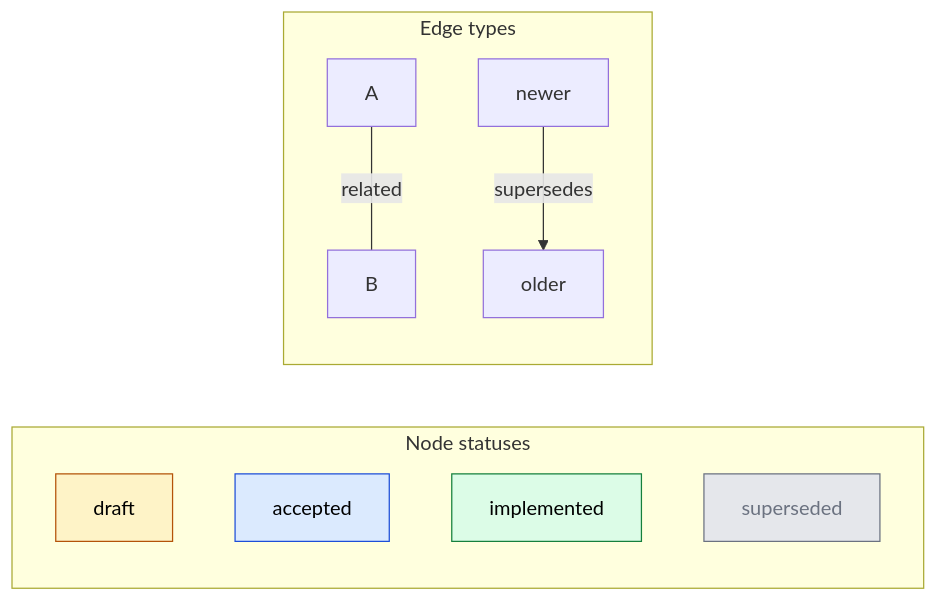
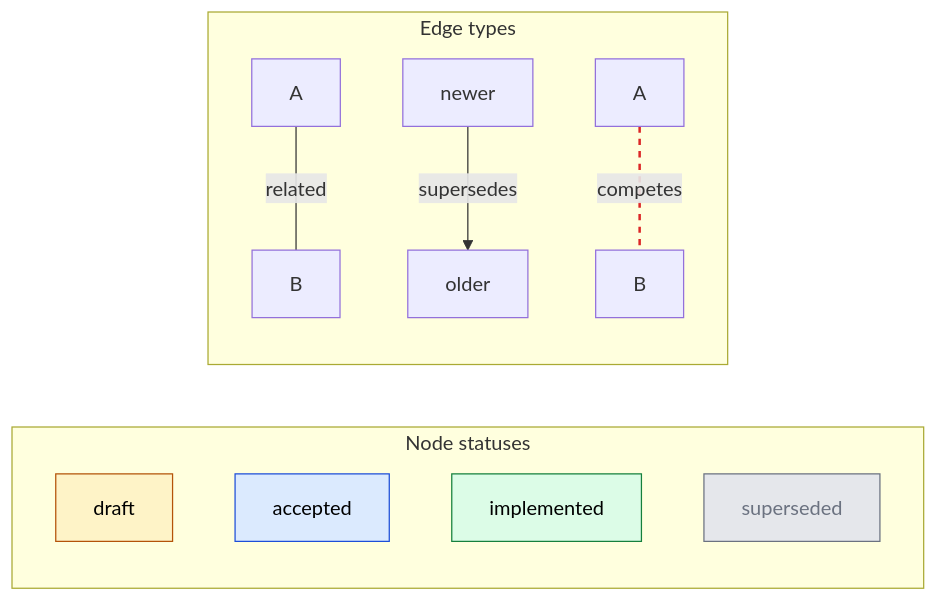
Before and after one commit to open-platform-model/library: the second of 2 diagrams in enhancements/GRAPH.md, drawn with Mermaid. The commit also changed other lines of this file and 12 other files, not shown here.

````diff
--- a/enhancements/GRAPH.md
+++ b/enhancements/GRAPH.md
@@ -29,19 +32,21 @@
 ```mermaid
 graph LR
   classDef draft       fill:#fef3c7,stroke:#b45309,color:#000
   classDef accepted    fill:#dbeafe,stroke:#1d4ed8,color:#000
   classDef implemented fill:#dcfce7,stroke:#15803d,color:#000
   classDef superseded  fill:#e5e7eb,stroke:#6b7280,color:#6b7280
 
   subgraph statuses ["Node statuses"]
     Ldraft["draft"]:::draft
     Laccepted["accepted"]:::accepted
     Limplemented["implemented"]:::implemented
     Lsuperseded["superseded"]:::superseded
   end
 
   subgraph edges ["Edge types"]
     Erel_a["A"] ---|related| Erel_b["B"]
     Esup_new["newer"] -->|supersedes| Esup_old["older"]
+    Ecom_a["A"] -.-|competes| Ecom_b["B"]
   end
+  linkStyle 2 stroke:#dc2626,stroke-width:2px,stroke-dasharray:5 5
 ```
````
